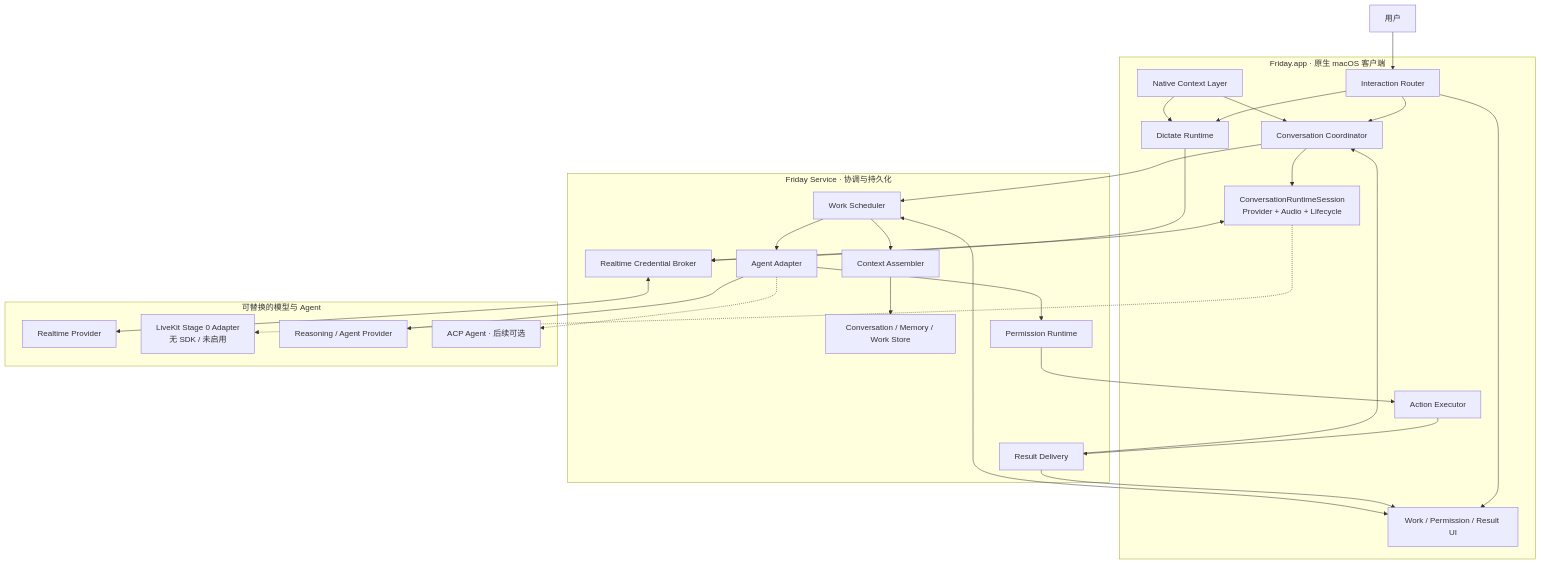
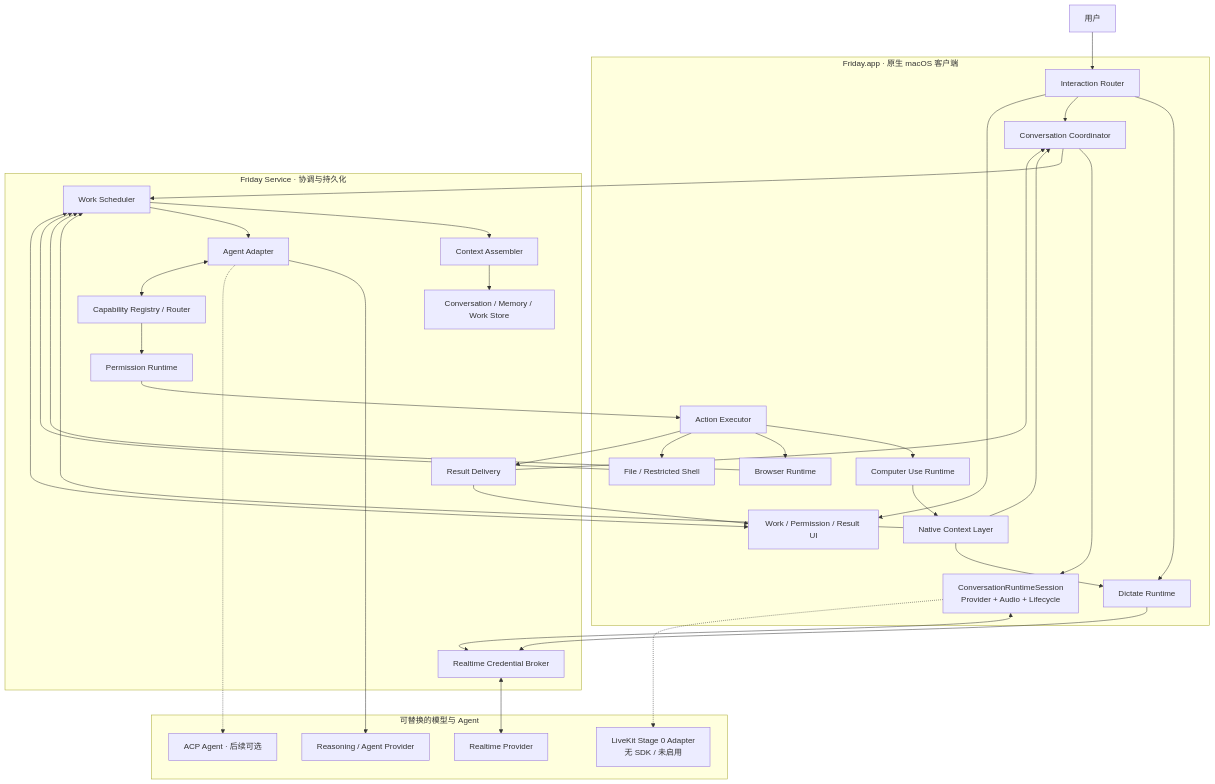
One commit to jason2kkk/Friday changed the first of 4 diagrams in docs/架构概览.md. Above: the diagram before and after it, drawn with Mermaid. The commit also changed other lines of this file and 127 other files, not shown here.

````diff
--- a/docs/架构概览.md
+++ b/docs/架构概览.md
@@ -43,55 +48,67 @@
 ```mermaid
 flowchart TB
     User["用户"]
 
     subgraph App["Friday.app · 原生 macOS 客户端"]
         Router["Interaction Router"]
         Dictate["Dictate Runtime"]
         Talk["Conversation Coordinator"]
         TalkRuntime["ConversationRuntimeSession<br/>Provider + Audio + Lifecycle"]
         NativeContext["Native Context Layer"]
         Executor["Action Executor"]
+        ComputerUse["Computer Use Runtime"]
+        Browser["Browser Runtime"]
+        LocalTools["File / Restricted Shell"]
         AgentUI["Work / Permission / Result UI"]
     end
 
     subgraph Service["Friday Service · 协调与持久化"]
         Credential["Realtime Credential Broker"]
         Assembler["Context Assembler"]
         Stores["Conversation / Memory / Work Store"]
         Scheduler["Work Scheduler"]
         Permission["Permission Runtime"]
         Delivery["Result Delivery"]
         Adapter["Agent Adapter"]
+        Registry["Capability Registry / Router"]
     end
 
     subgraph Providers["可替换的模型与 Agent"]
         Realtime["Realtime Provider"]
         LiveKit["LiveKit Stage 0 Adapter<br/>无 SDK / 未启用"]
         Agent["Reasoning / Agent Provider"]
         ACP["ACP Agent · 后续可选"]
     end
 
     User --> Router
     Router --> Dictate
     Router --> Talk
     Talk --> TalkRuntime
     Router --> AgentUI
     NativeContext --> Dictate
     NativeContext --> Talk
     AgentUI <--> Scheduler
     Dictate --> Credential
     TalkRuntime <--> Credential
     Credential <--> Realtime
     TalkRuntime -.-> LiveKit
     Talk --> Scheduler
     Scheduler --> Assembler
     Assembler --> Stores
     Scheduler --> Adapter
     Adapter --> Agent
     Adapter -.-> ACP
-    Adapter --> Permission
+    Adapter <--> Registry
+    Registry --> Permission
     Permission --> Executor
+    Executor --> ComputerUse
+    Executor --> Browser
+    Executor --> LocalTools
+    ComputerUse --> NativeContext
+    Browser --> Scheduler
+    LocalTools --> Scheduler
+    NativeContext --> Scheduler
     Executor --> Delivery
     Delivery --> AgentUI
     Delivery --> Talk
 ```
````
